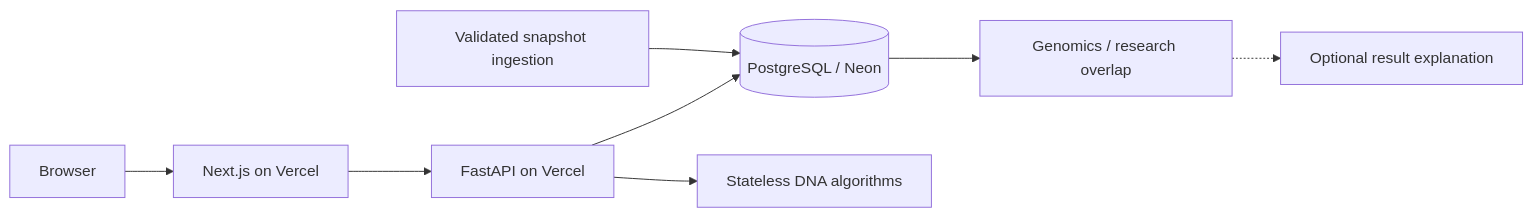
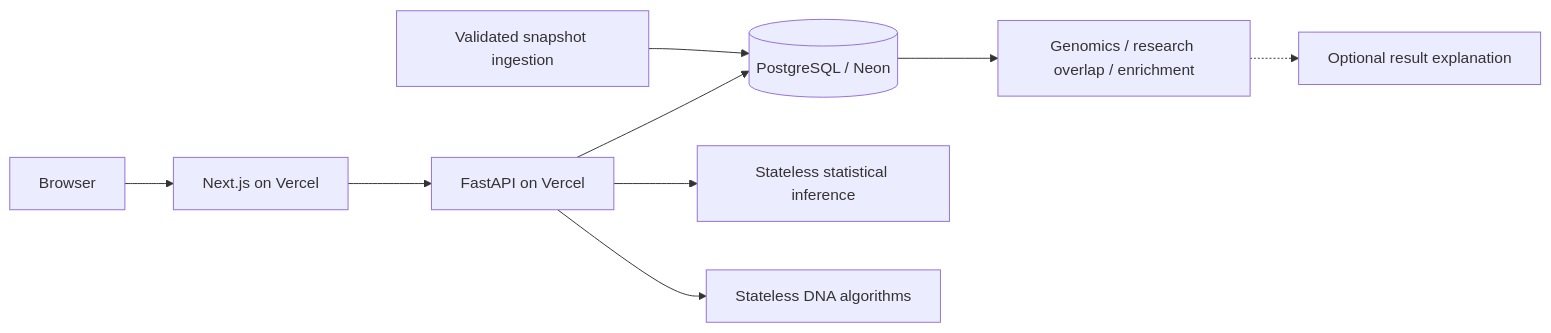
The diagram in ARCHITECTURE.md (292akhil2929-cmyk/pharmagenome), drawn with Mermaid before and after one commit. The commit also changed other lines of this file and 6 other files, not shown here.

````diff
--- a/ARCHITECTURE.md
+++ b/ARCHITECTURE.md
@@ -6,10 +6,11 @@
 ```mermaid
 flowchart LR
   Browser --> Next[Next.js on Vercel]
   Next --> API[FastAPI on Vercel]
   API --> PG[(PostgreSQL / Neon)]
   Import[Validated snapshot ingestion] --> PG
-  PG --> Compute[Genomics / research overlap]
+  PG --> Compute[Genomics / research overlap / enrichment]
+  API --> Stats[Stateless statistical inference]
   API --> Sequence[Stateless DNA algorithms]
   Compute -.-> Explain[Optional result explanation]
 ```
````
